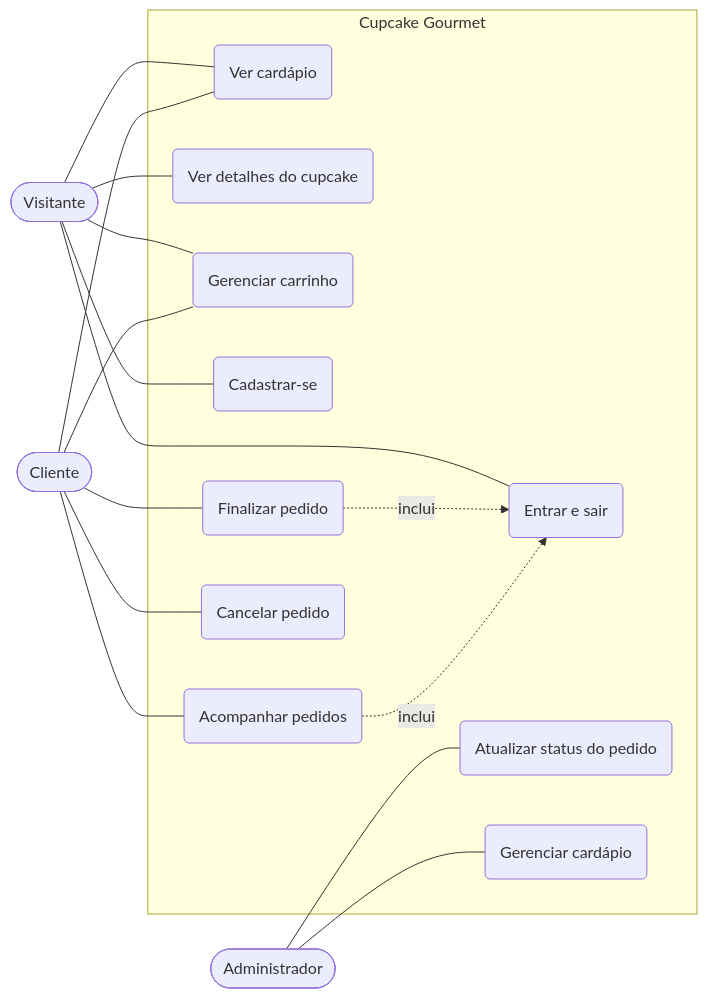
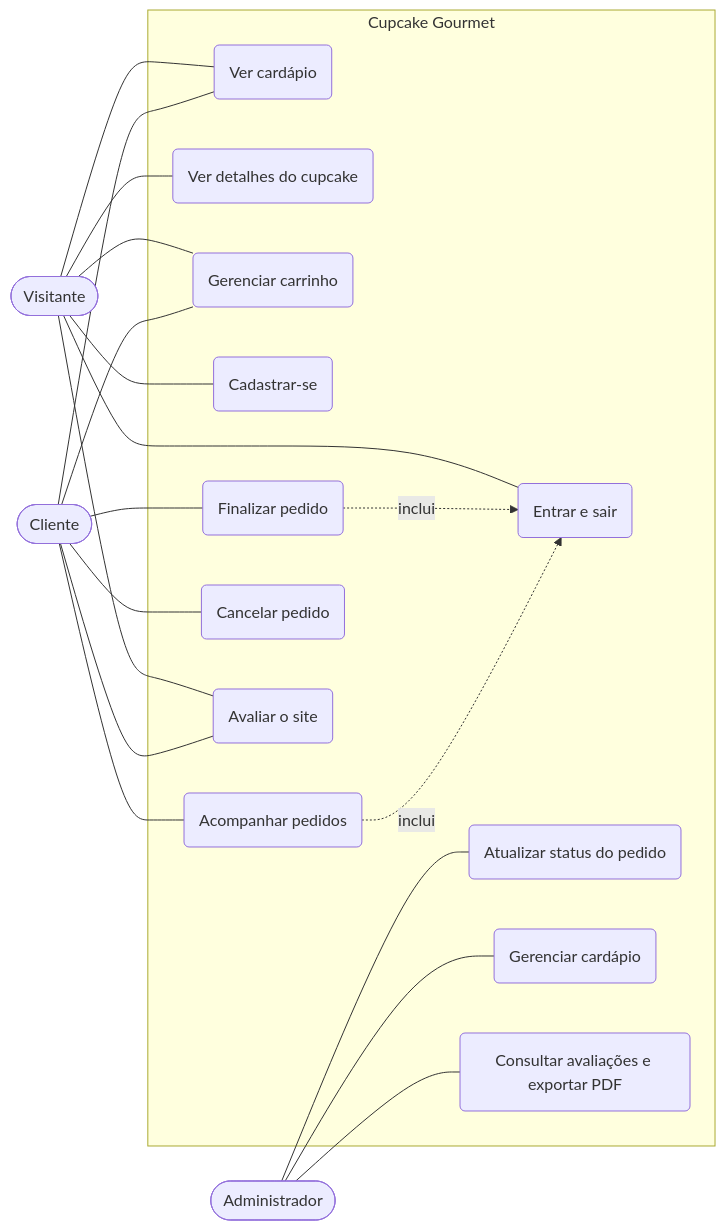
The first of 5 diagrams in docs/situacao-1-planejamento/02-modelagem-uml.md (kayocmadev/cupcake-gourmet), drawn with Mermaid before and after one commit. The commit also changed other lines of this file and 3 other files, not shown here.

Commit message:
docs: requisitos, UML, modelo de dados e interface atualizados (categorias, frete grátis, avaliações)

````diff
--- a/docs/situacao-1-planejamento/02-modelagem-uml.md
+++ b/docs/situacao-1-planejamento/02-modelagem-uml.md
@@ -7,34 +7,39 @@
 ```mermaid
 flowchart LR
     V([Visitante])
     C([Cliente])
     A([Administrador])
 
     subgraph Sistema[Cupcake Gourmet]
         UC1(Ver cardápio)
         UC2(Ver detalhes do cupcake)
         UC3(Gerenciar carrinho)
         UC4(Cadastrar-se)
         UC5(Entrar e sair)
         UC6(Finalizar pedido)
         UC7(Acompanhar pedidos)
         UC8(Cancelar pedido)
         UC9(Atualizar status do pedido)
         UC10(Gerenciar cardápio)
+        UC11(Avaliar o site)
+        UC12(Consultar avaliações e exportar PDF)
     end
 
     V --- UC1
     V --- UC2
     V --- UC3
     V --- UC4
     V --- UC5
     C --- UC1
     C --- UC3
     C --- UC6
     C --- UC7
     C --- UC8
     A --- UC9
     A --- UC10
+    A --- UC12
+    V --- UC11
+    C --- UC11
     UC6 -. inclui .-> UC5
     UC7 -. inclui .-> UC5
 ```
````
